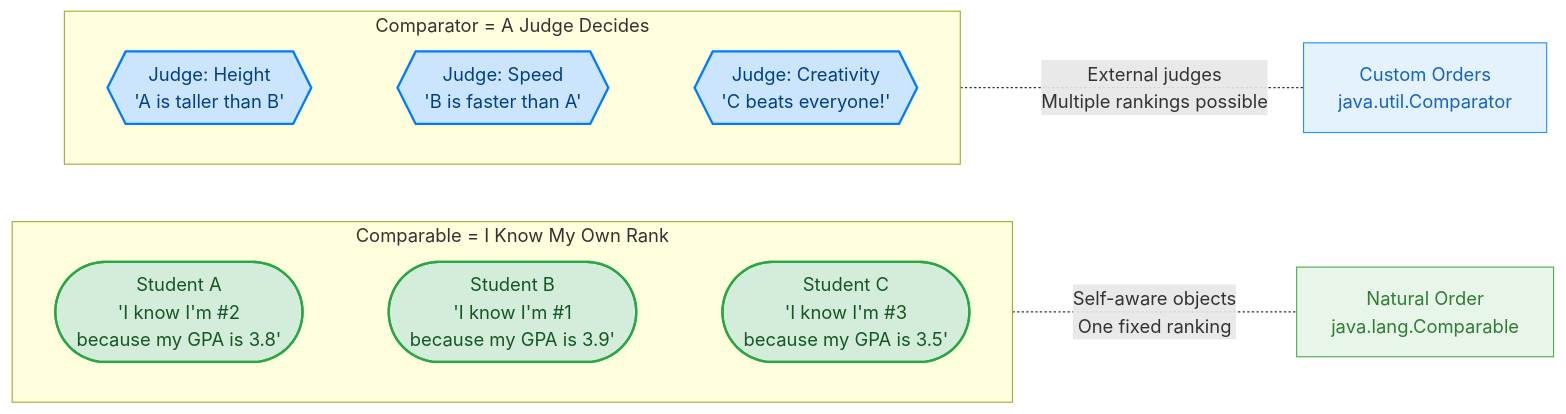
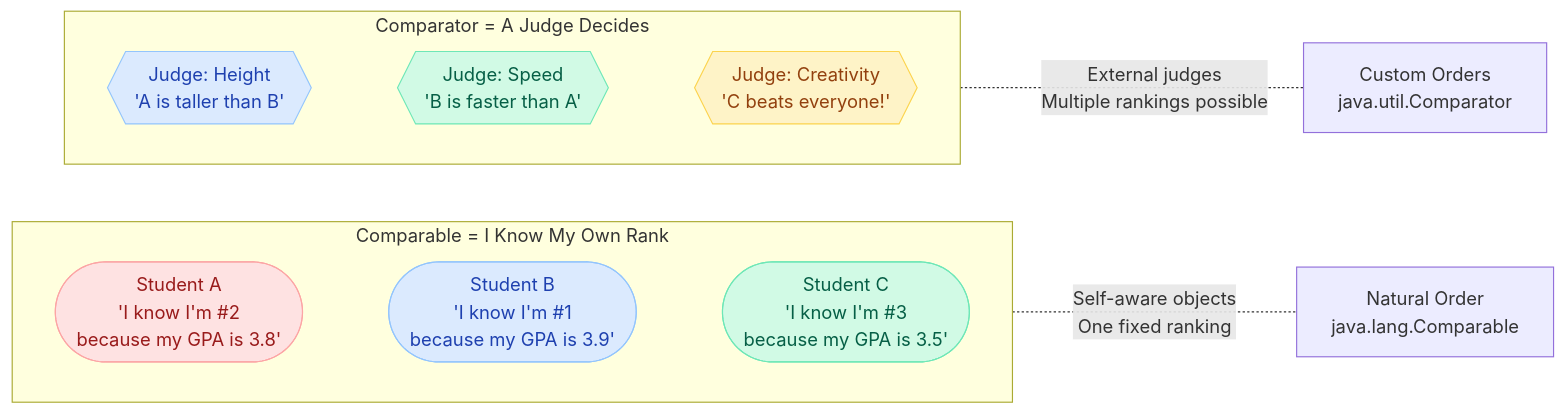
Before and after one commit to saivamsikaruturi/vamsilabs-dev-notes-main: the fourth of 4 diagrams in docs/java/ComparableComparator.md, drawn with Mermaid. The commit also changed other lines of this file and 220 other files, not shown here.

First line of the commit message:
Add 50+ new Java/Spring Boot pages, rewrite CSS code blocks to Oracle style, fix all diagram colors

````diff
--- a/docs/java/ComparableComparator.md
+++ b/docs/java/ComparableComparator.md
@@ -111,26 +118,28 @@
 ```mermaid
 flowchart LR
     subgraph comparable_world ["Comparable = I Know My Own Rank"]
         direction LR
-        S1(["Student A\n'I know I'm #2\nbecause my GPA is 3.8'"]):::student
-        S2(["Student B\n'I know I'm #1\nbecause my GPA is 3.9'"]):::student
-        S3(["Student C\n'I know I'm #3\nbecause my GPA is 3.5'"]):::student
+        S1(["Student A\n'I know I'm #2\nbecause my GPA is 3.8'"])
+        S2(["Student B\n'I know I'm #1\nbecause my GPA is 3.9'"])
+        S3(["Student C\n'I know I'm #3\nbecause my GPA is 3.5'"])
         S1 ~~~ S2 ~~~ S3
     end
 
     subgraph comparator_world ["Comparator = A Judge Decides"]
         direction LR
-        J1{{"Judge: Height\n'A is taller than B'"}}:::judge
-        J2{{"Judge: Speed\n'B is faster than A'"}}:::judge
-        J3{{"Judge: Creativity\n'C beats everyone!'"}}:::judge
+        J1{{"Judge: Height\n'A is taller than B'"}}
+        J2{{"Judge: Speed\n'B is faster than A'"}}
+        J3{{"Judge: Creativity\n'C beats everyone!'"}}
         J1 ~~~ J2 ~~~ J3
     end
 
-    comparable_world -.-|"Self-aware objects\nOne fixed ranking"| NOTE1["Natural Order\njava.lang.Comparable"]:::note_green
-    comparator_world -.-|"External judges\nMultiple rankings possible"| NOTE2["Custom Orders\njava.util.Comparator"]:::note_blue
+    comparable_world -.-|"Self-aware objects\nOne fixed ranking"| NOTE1["Natural Order\njava.lang.Comparable"]
+    comparator_world -.-|"External judges\nMultiple rankings possible"| NOTE2["Custom Orders\njava.util.Comparator"]
 
-    classDef student fill:#d4edda,stroke:#28a745,stroke-width:2px,color:#155724
-    classDef judge fill:#cce5ff,stroke:#007bff,stroke-width:2px,color:#004085
-    classDef note_green fill:#e8f5e9,stroke:#4caf50,stroke-width:1px,color:#2e7d32
-    classDef note_blue fill:#e3f2fd,stroke:#2196f3,stroke-width:1px,color:#1565c0
+    style J1 fill:#DBEAFE,stroke:#93C5FD,color:#1E40AF
+    style J2 fill:#D1FAE5,stroke:#6EE7B7,color:#065F46
+    style J3 fill:#FEF3C7,stroke:#FCD34D,color:#92400E
+    style S1 fill:#FEE2E2,stroke:#FCA5A5,color:#991B1B
+    style S2 fill:#DBEAFE,stroke:#93C5FD,color:#1E40AF
+    style S3 fill:#D1FAE5,stroke:#6EE7B7,color:#065F46
 ```
````
